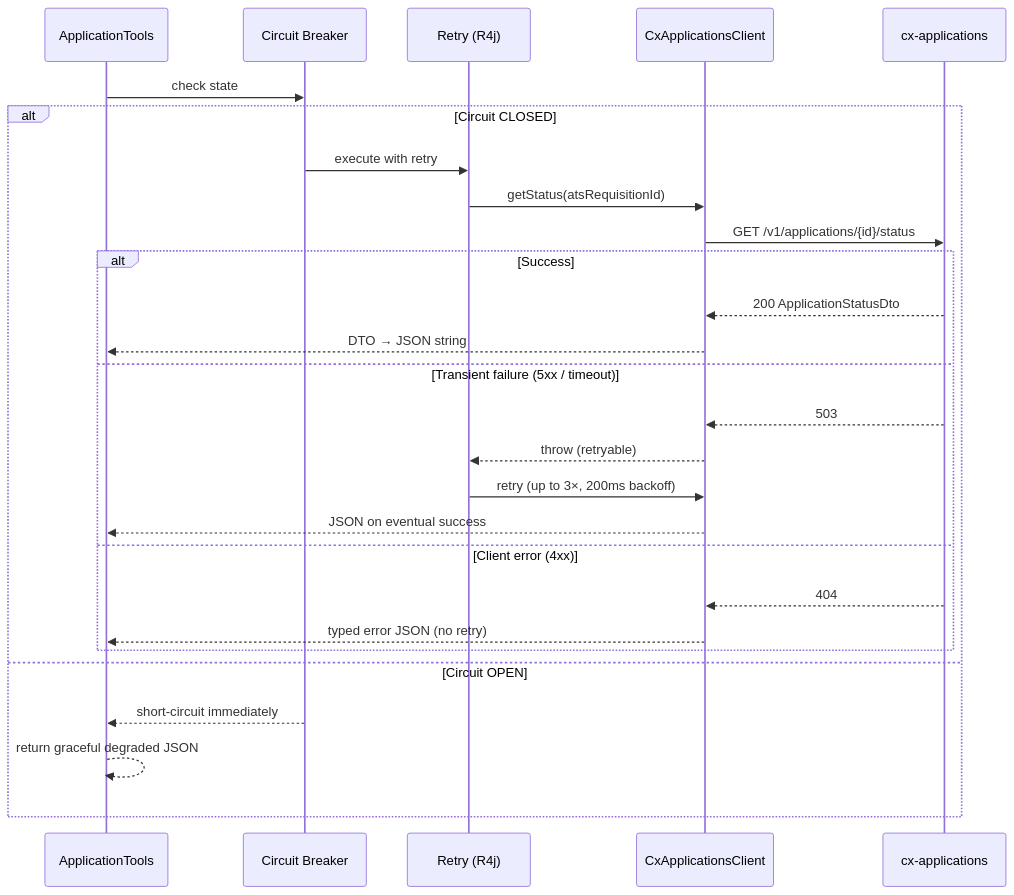
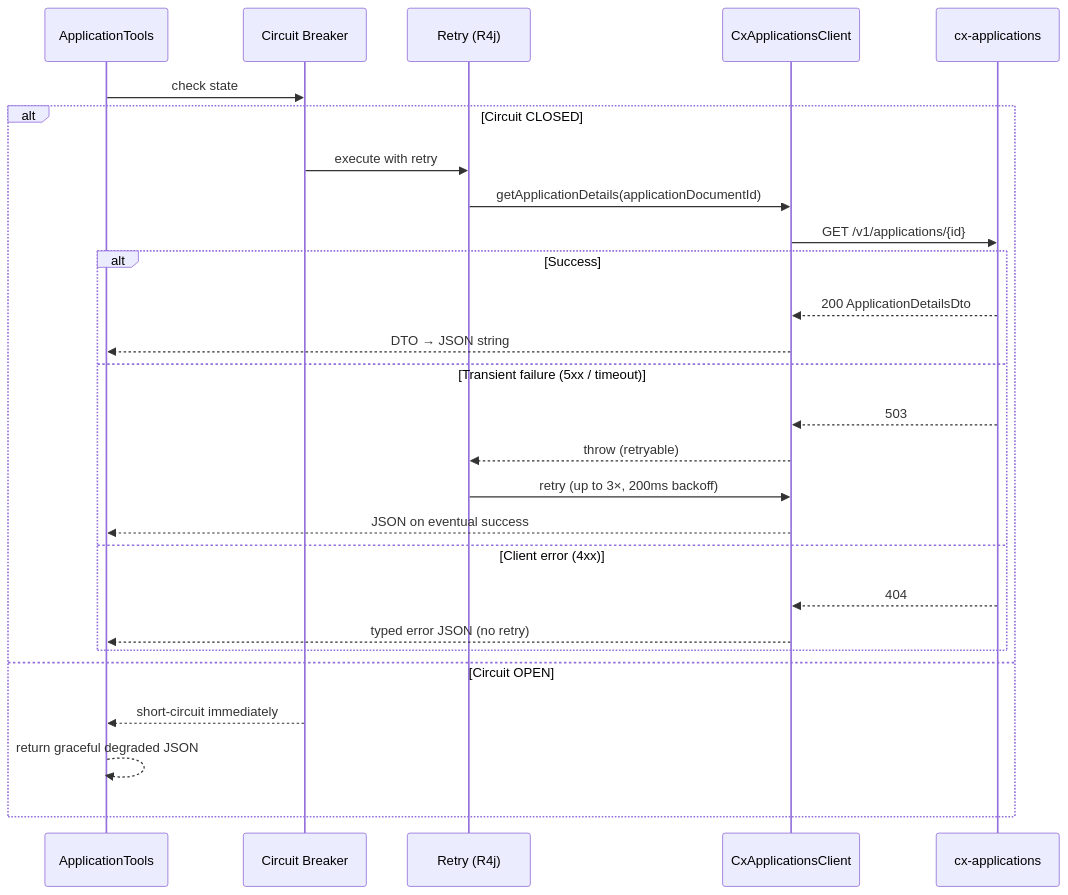
Before and after one commit to venkat-raman17/candidate-agent: diagram 18 of 32 in LLD_POST_APPLY_ASSISTANT.md, drawn with Mermaid. The commit also changed other lines of this file, not shown here.

First line of the commit message:
fix: update job details in post-apply assistant documentation

````diff
--- a/LLD_POST_APPLY_ASSISTANT.md
+++ b/LLD_POST_APPLY_ASSISTANT.md
@@ -1041,30 +1036,30 @@
 ```mermaid
 sequenceDiagram
     participant Tool as ApplicationTools
     participant CB as Circuit Breaker
     participant Retry as Retry (R4j)
     participant Client as CxApplicationsClient
     participant CXA as cx-applications
 
     Tool->>CB: check state
     alt Circuit CLOSED
         CB->>Retry: execute with retry
-        Retry->>Client: getStatus(atsRequisitionId)
-        Client->>CXA: GET /v1/applications/{id}/status
+        Retry->>Client: getApplicationDetails(applicationDocumentId)
+        Client->>CXA: GET /v1/applications/{id}
         alt Success
-            CXA-->>Client: 200 ApplicationStatusDto
+            CXA-->>Client: 200 ApplicationDetailsDto
             Client-->>Tool: DTO → JSON string
         else Transient failure (5xx / timeout)
             CXA-->>Client: 503
             Client-->>Retry: throw (retryable)
             Retry->>Client: retry (up to 3×, 200ms backoff)
             Client-->>Tool: JSON on eventual success
         else Client error (4xx)
             CXA-->>Client: 404
             Client-->>Tool: typed error JSON (no retry)
         end
     else Circuit OPEN
         CB-->>Tool: short-circuit immediately
         Tool-->>Tool: return graceful degraded JSON
     end
 ```
````
